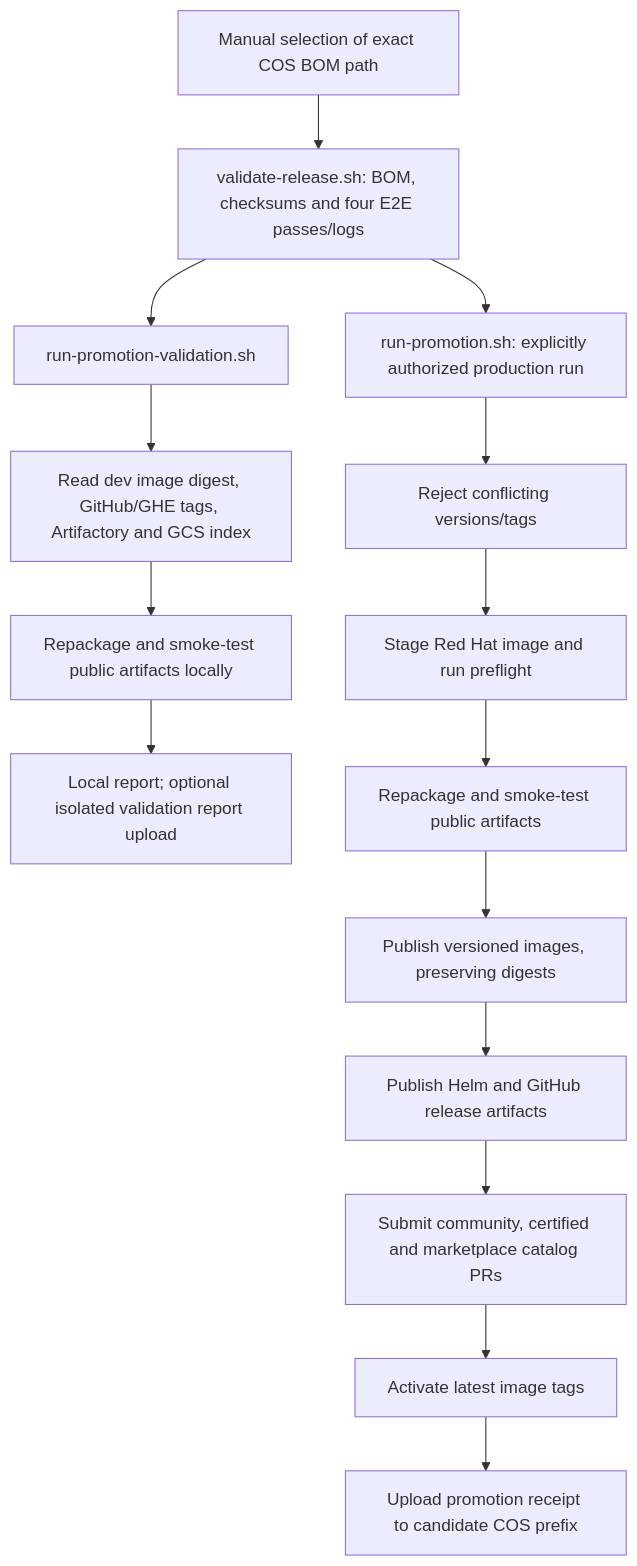
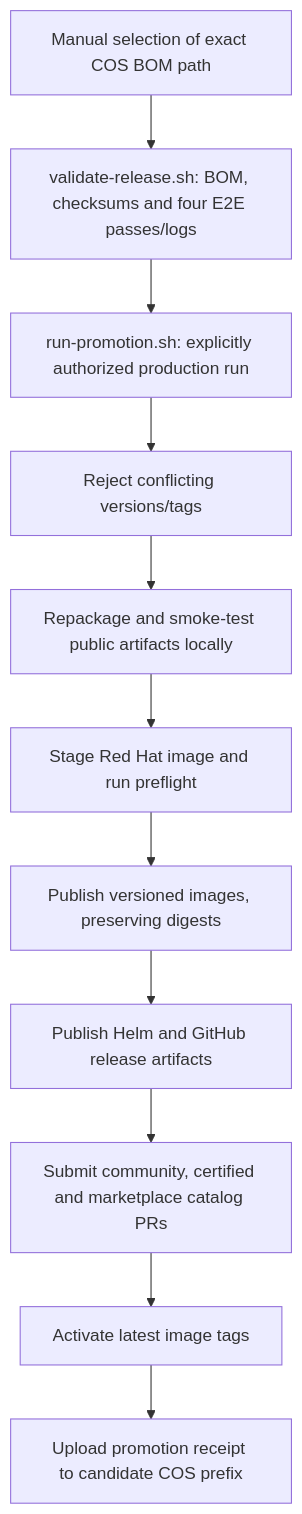
The second of 2 diagrams in ci/RELEASE-PIPELINE-ARCHITECTURE.md (instana/instana-agent-operator), drawn with Mermaid before and after one commit. The commit also changed other lines of this file and 12 other files, not shown here.

First line of the commit message:
refactor(ci): retire standalone promotion validation pipeline

````diff
--- a/ci/RELEASE-PIPELINE-ARCHITECTURE.md
+++ b/ci/RELEASE-PIPELINE-ARCHITECTURE.md
@@ -102,17 +102,13 @@
 ```mermaid
 flowchart TD
     Select[Manual selection of exact COS BOM path] --> Gates[validate-release.sh: BOM, checksums and four E2E passes/logs]
-    Gates --> Validation[run-promotion-validation.sh]
     Gates --> Production[run-promotion.sh: explicitly authorized production run]
-    Validation --> Reads[Read dev image digest, GitHub/GHE tags, Artifactory and GCS index]
-    Reads --> Offline[Repackage and smoke-test public artifacts locally]
-    Offline --> Report[Local report; optional isolated validation report upload]
     Production --> Conflicts[Reject conflicting versions/tags]
-    Conflicts --> RedHat[Stage Red Hat image and run preflight]
-    RedHat --> PublicArtifacts[Repackage and smoke-test public artifacts]
-    PublicArtifacts --> Images[Publish versioned images, preserving digests]
+    Conflicts --> PublicArtifacts[Repackage and smoke-test public artifacts locally]
+    PublicArtifacts --> RedHat[Stage Red Hat image and run preflight]
+    RedHat --> Images[Publish versioned images, preserving digests]
     Images --> Helm[Publish Helm and GitHub release artifacts]
     Helm --> OLM[Submit community, certified and marketplace catalog PRs]
     OLM --> Latest[Activate latest image tags]
     Latest --> Receipt[Upload promotion receipt to candidate COS prefix]
 ```
````
